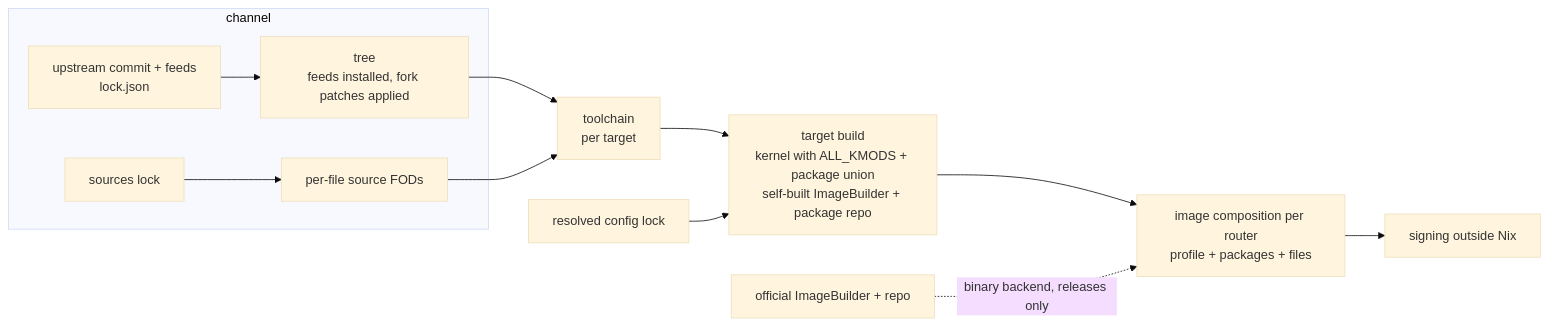
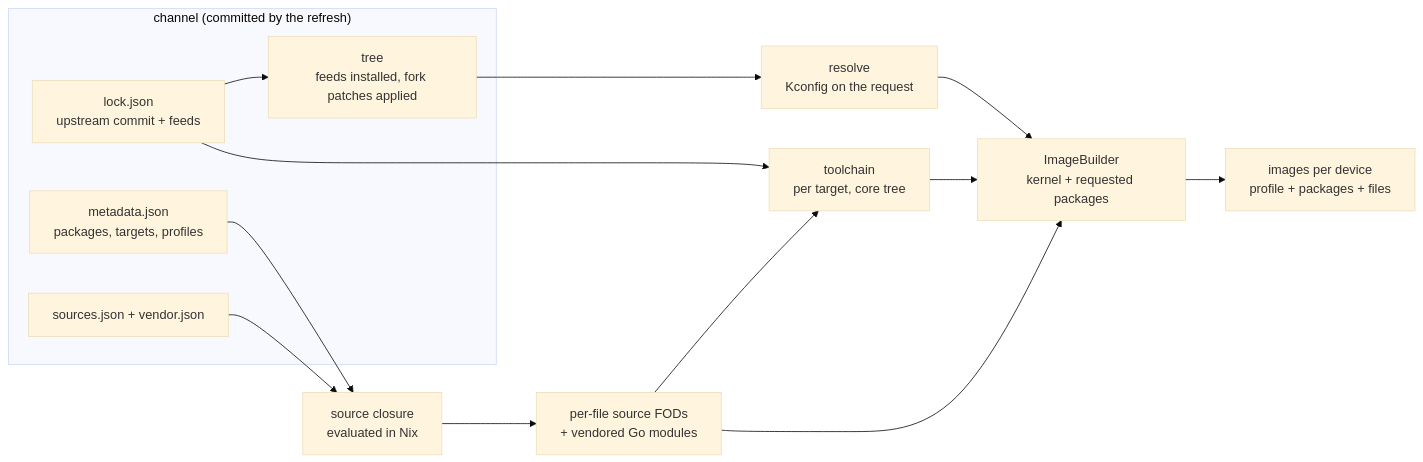
One commit to codgician/immortalwrt.nix changed the diagram in docs/design.md. Above: the diagram before and after it, drawn with Mermaid (base theme). The commit also changed other lines of this file and 36 other files, not shown here.

First line of the commit message:
Build images from source instead of official ImageBuilders

````diff
--- a/docs/design.md
+++ b/docs/design.md
@@ -18,14 +18,18 @@
 ```mermaid
 flowchart LR
-  subgraph channel
-    A[upstream commit + feeds<br/>lock.json] --> T[tree<br/>feeds installed, fork patches applied]
-    S[sources lock] --> F[per-file source FODs]
+  subgraph channel["channel (committed by the refresh)"]
+    L[lock.json<br/>upstream commit + feeds] --> T[tree<br/>feeds installed, fork patches applied]
+    M[metadata.json<br/>packages, targets, profiles]
+    S[sources.json + vendor.json]
   end
-  T --> TC[toolchain<br/>per target]
+  M --> C[source closure<br/>evaluated in Nix]
+  S --> C
+  C --> F[per-file source FODs<br/>+ vendored Go modules]
+  L --> TC[toolchain<br/>per target, core tree]
   F --> TC
-  TC --> TB[target build<br/>kernel with ALL_KMODS + package union<br/>self-built ImageBuilder + package repo]
-  R[resolved config lock] --> TB
-  TB --> IMG[image composition per router<br/>profile + packages + files]
-  OFF[official ImageBuilder + repo] -. binary backend, releases only .-> IMG
-  IMG --> SIG[signing outside Nix]
+  T --> R[resolve<br/>Kconfig on the request]
+  R --> IB[ImageBuilder<br/>kernel + requested packages]
+  TC --> IB
+  F --> IB
+  IB --> IMG[images per device<br/>profile + packages + files]
 ```
````
